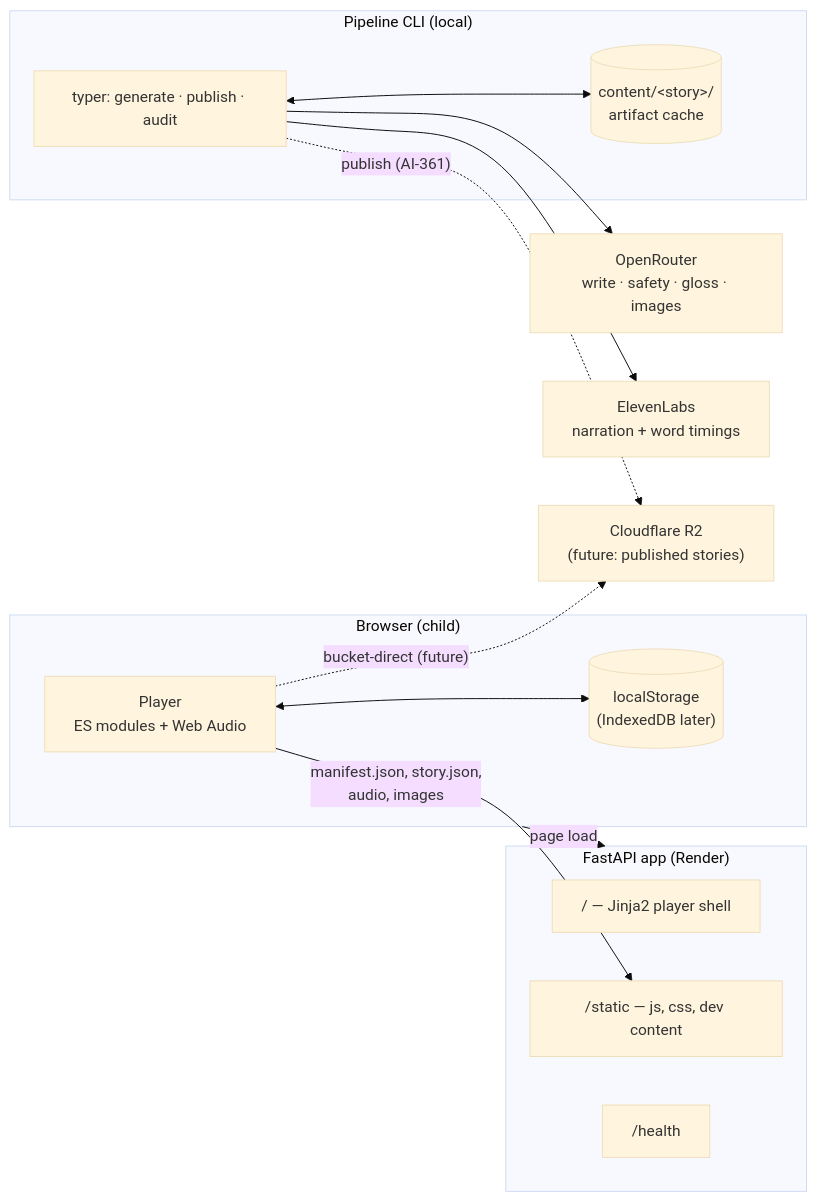
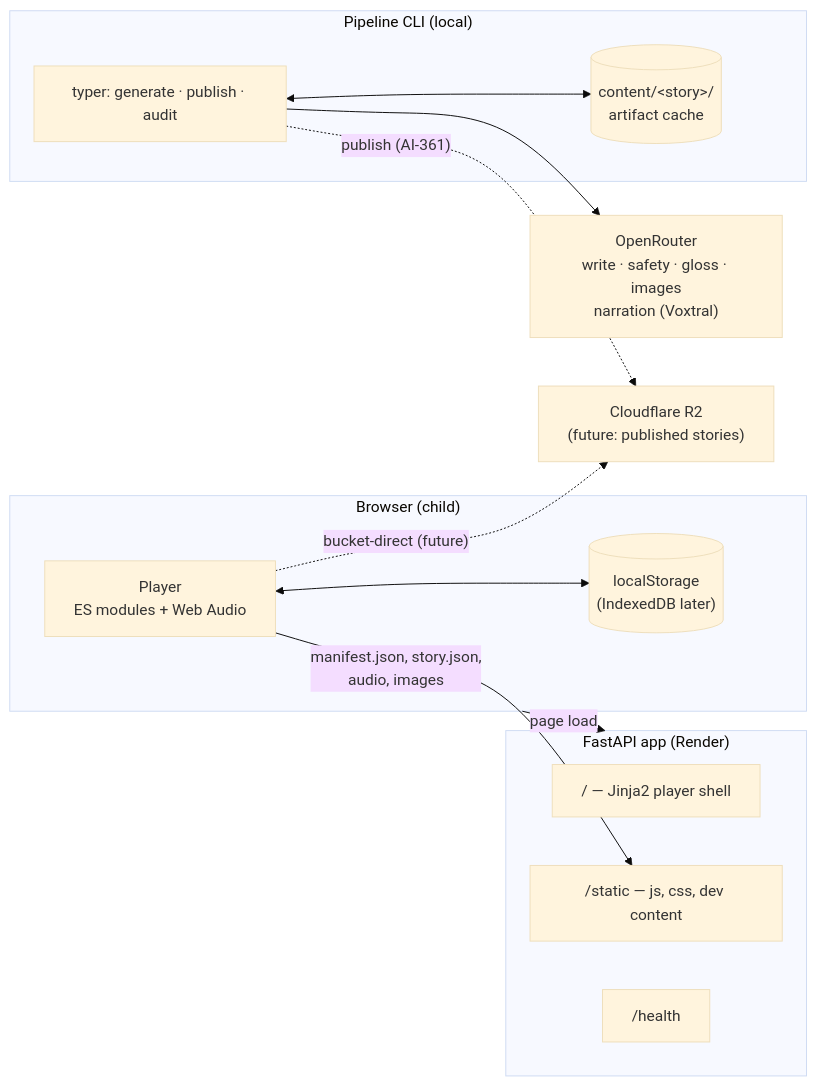
The first of 6 diagrams in docs/system-overview.md (darth-dodo/cantastorie), drawn with Mermaid (base theme) before and after one commit. The commit also changed other lines of this file and 13 other files, not shown here.

First line of the commit message:
feat: switch narration from ElevenLabs to Voxtral via OpenRouter (AI-391)

````diff
--- a/docs/system-overview.md
+++ b/docs/system-overview.md
@@ -16,31 +16,29 @@
 ```mermaid
 flowchart LR
     subgraph Browser["Browser (child)"]
         P["Player<br/>ES modules + Web Audio"]
         LS[("localStorage<br/>(IndexedDB later)")]
         P <--> LS
     end
 
     subgraph App["FastAPI app (Render)"]
         T["/ — Jinja2 player shell"]
         S["/static — js, css, dev content"]
         H["/health"]
     end
 
     subgraph Factory["Pipeline CLI (local)"]
         CLI["typer: generate · publish · audit"]
         Cache[("content/&lt;story&gt;/<br/>artifact cache")]
         CLI <--> Cache
     end
 
-    OR["OpenRouter<br/>write · safety · gloss · images"]
-    EL["ElevenLabs<br/>narration + word timings"]
+    OR["OpenRouter<br/>write · safety · gloss · images<br/>narration (Voxtral)"]
     R2["Cloudflare R2<br/>(future: published stories)"]
 
     Browser -- "page load" --> App
     P -- "manifest.json, story.json,<br/>audio, images" --> S
     CLI --> OR
-    CLI --> EL
     CLI -. "publish (AI-361)" .-> R2
     P -. "bucket-direct (future)" .-> R2
 ```
````
